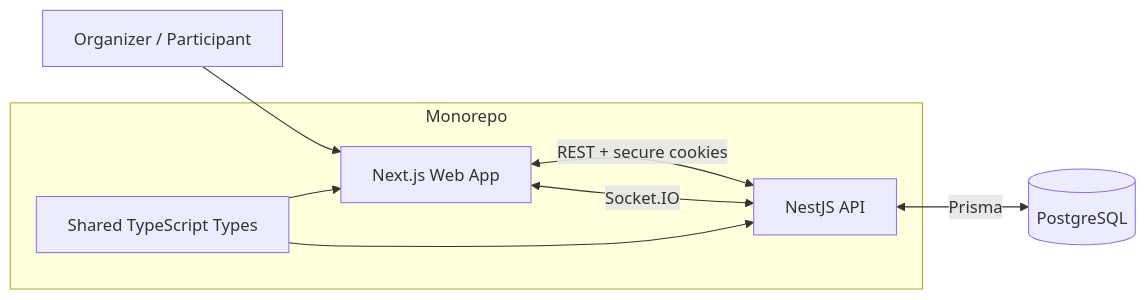
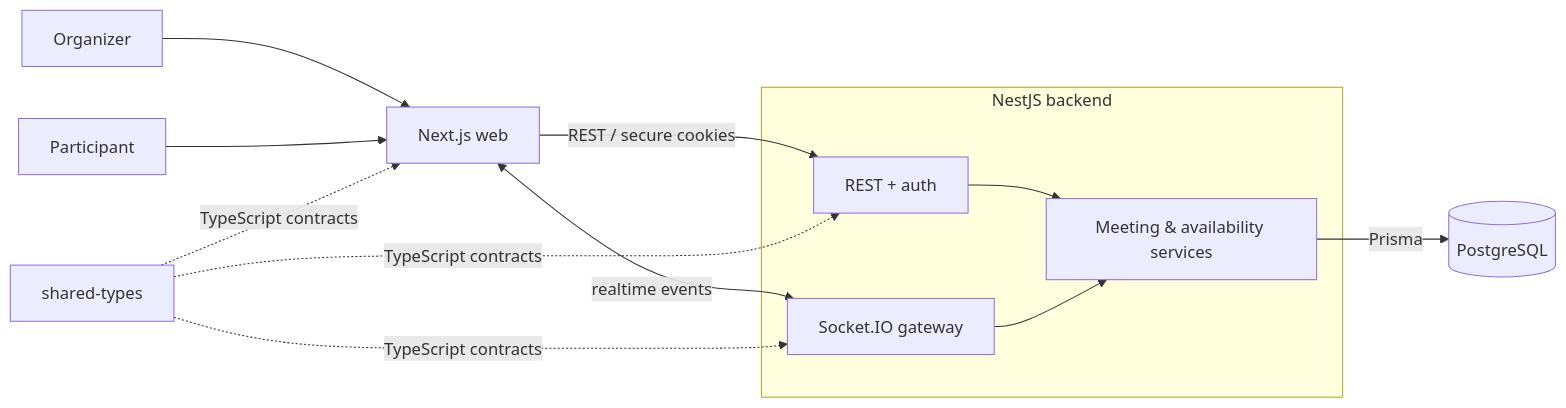
One commit to GPT-Slave/Synk changed the diagram in README.md. Above: the diagram before and after it, drawn with Mermaid. The commit also changed other lines of this file and 5 other files, not shown here.

````diff
--- a/README.md
+++ b/README.md
@@ -44,16 +38,21 @@
 ```mermaid
 flowchart LR
-    U[Organizer / Participant] --> W[Next.js Web App]
-    W <-->|REST + secure cookies| A[NestJS API]
-    W <-->|Socket.IO| A
-    A <-->|Prisma| D[(PostgreSQL)]
+    O[Organizer] --> W[Next.js web]
+    P[Participant] --> W
 
-    subgraph Monorepo
-      W
-      A
-      T[Shared TypeScript Types]
+    subgraph Backend[NestJS backend]
+      A[REST + auth]
+      R[Socket.IO gateway]
+      S[Meeting & availability services]
     end
 
-    T --> W
-    T --> A
+    W -->|REST / secure cookies| A
+    W <-->|realtime events| R
+    A --> S
+    R --> S
+    S -->|Prisma| D[(PostgreSQL)]
+
+    T[shared-types] -. TypeScript contracts .-> W
+    T -. TypeScript contracts .-> A
+    T -. TypeScript contracts .-> R
 ```
````
